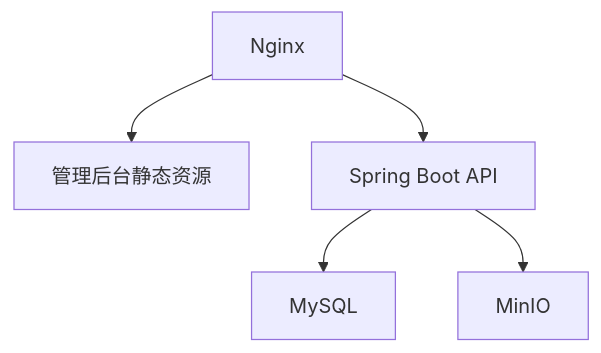
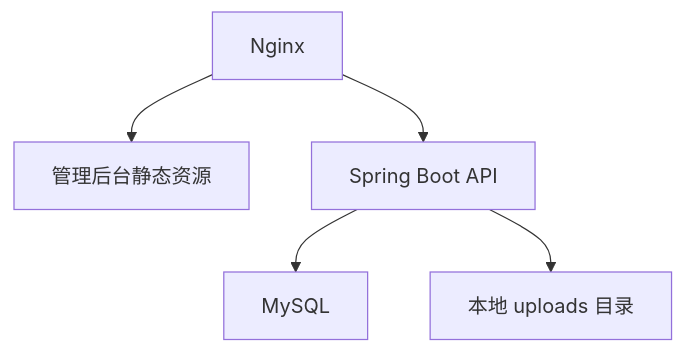
One commit to Plutogbiu/met-mto changed the second of 2 diagrams in docs/02-技术架构设计.md. Above: the diagram before and after it, drawn with Mermaid. The commit also changed other lines of this file and 21 other files, not shown here.

````diff
--- a/docs/02-技术架构设计.md
+++ b/docs/02-技术架构设计.md
@@ -507,7 +507,7 @@
 ```mermaid
 flowchart TB
     Nginx["Nginx"] --> Admin["管理后台静态资源"]
     Nginx --> API["Spring Boot API"]
     API --> DB["MySQL"]
-    API --> MinIO["MinIO"]
+    API --> Uploads["本地 uploads 目录"]
 ```
````
